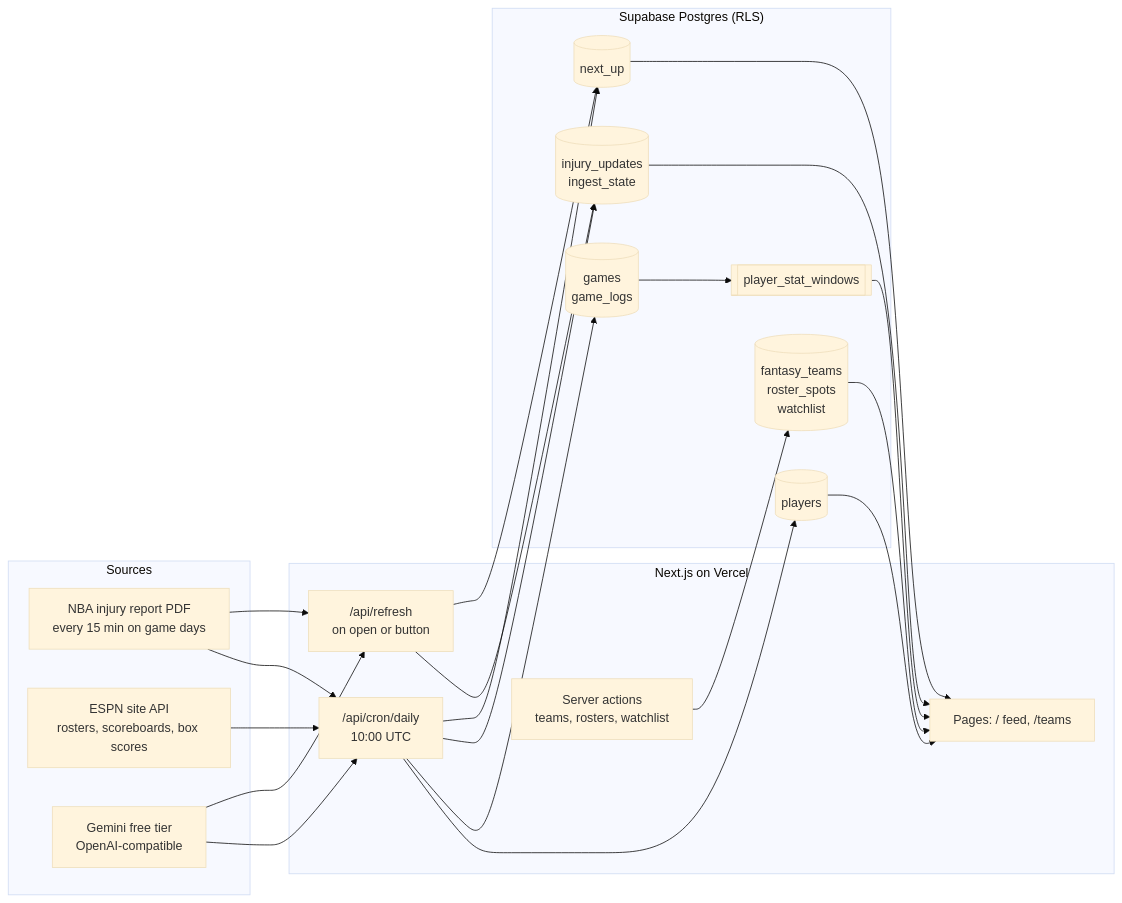
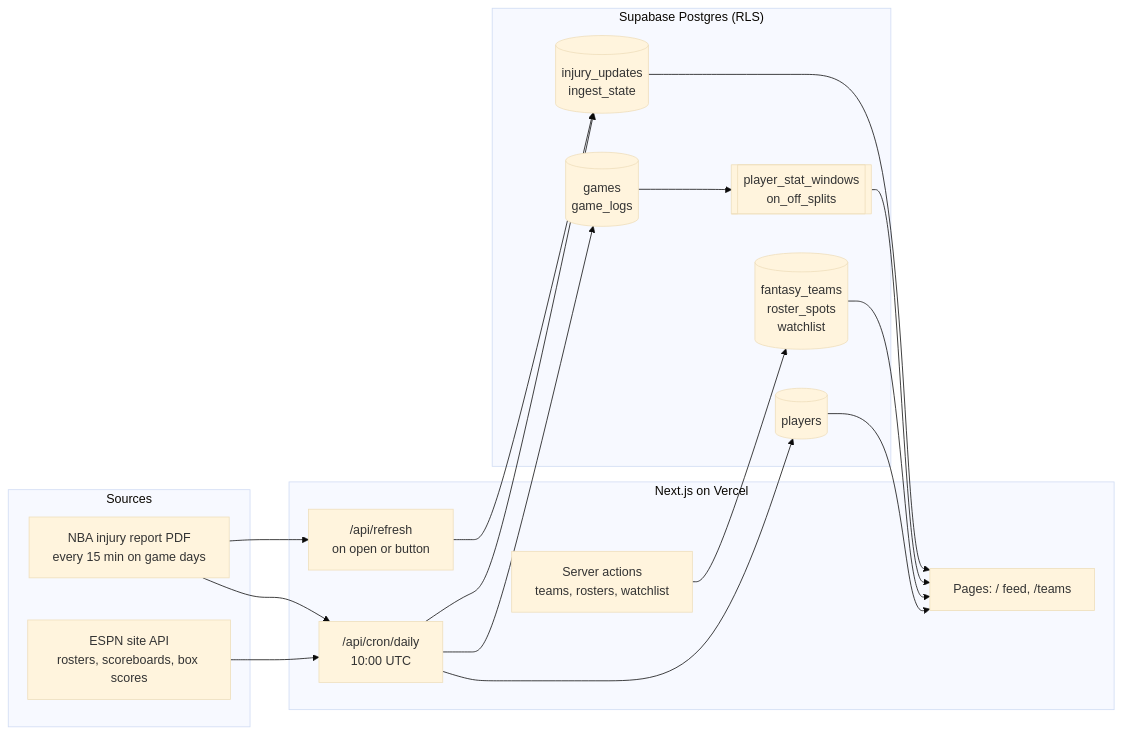
Before and after one commit to pearchew/fantasy-basketball-assistant: the first of 2 diagrams in README.md, drawn with Mermaid (base theme). The commit also changed other lines of this file and 30 other files, not shown here.

First line of the commit message:
Replace next-up calls and Gemini with on/off splits

````diff
--- a/README.md
+++ b/README.md
@@ -31,34 +31,31 @@
 ```mermaid
 flowchart LR
   subgraph Sources
     NBA[NBA injury report PDF<br/>every 15 min on game days]
     ESPN[ESPN site API<br/>rosters, scoreboards, box scores]
-    LLM[Gemini free tier<br/>OpenAI-compatible]
   end
 
   subgraph Vercel["Next.js on Vercel"]
     Cron["/api/cron/daily<br/>10:00 UTC"]
     Refresh["/api/refresh<br/>on open or button"]
     Pages["Pages: / feed, /teams"]
     Actions[Server actions<br/>teams, rosters, watchlist]
   end
 
   subgraph Supabase["Supabase Postgres (RLS)"]
     Players[(players)]
     Teams[(fantasy_teams<br/>roster_spots<br/>watchlist)]
     Updates[(injury_updates<br/>ingest_state)]
     Logs[(games<br/>game_logs)]
-    NextUp[(next_up)]
-    Fn[[player_stat_windows]]
+    Fn[[player_stat_windows<br/>on_off_splits]]
   end
 
   ESPN --> Cron
   NBA --> Cron
   NBA --> Refresh
-  Cron --> Players & Logs & Updates & NextUp
-  Refresh --> Updates & NextUp
-  LLM --> Cron & Refresh
+  Cron --> Players & Logs & Updates
+  Refresh --> Updates
   Actions --> Teams
-  Players & Teams & Updates & NextUp --> Pages
+  Players & Teams & Updates --> Pages
   Logs --> Fn --> Pages
 ```
````
